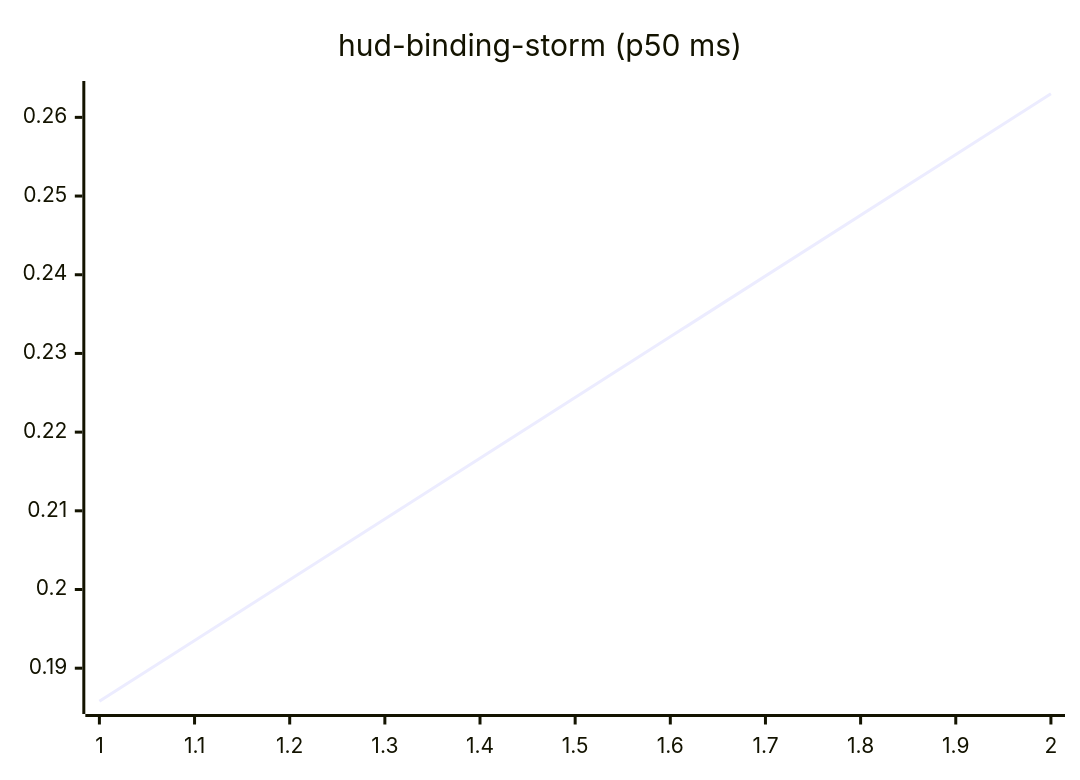
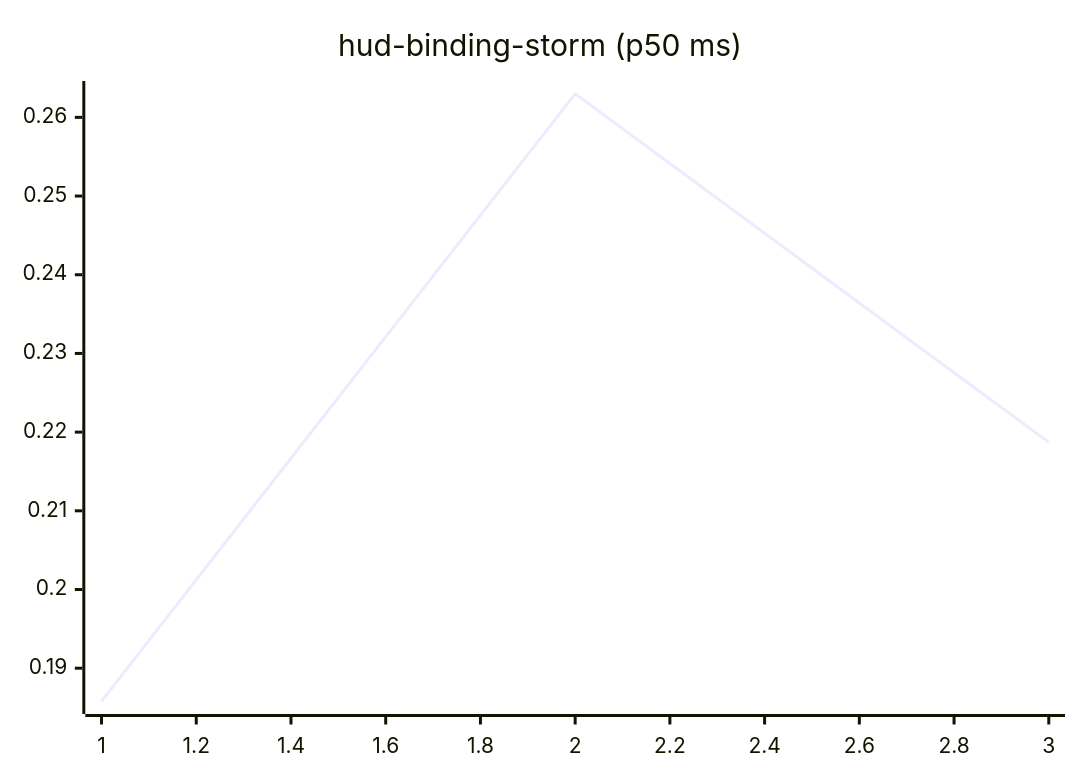
One commit to josha/Facet changed the tenth of 27 diagrams in README.md. Above: the diagram before and after it, drawn with Mermaid. The commit also changed other lines of this file and 2 other files, not shown here.

````diff
--- a/README.md
+++ b/README.md
@@ -126,6 +126,6 @@
 ```mermaid
 xychart-beta
     title "hud-binding-storm (p50 ms)"
-    x-axis 1 --> 2
-    line [0.1858, 0.2630]
+    x-axis 1 --> 3
+    line [0.1858, 0.2630, 0.2187]
 ```
````
